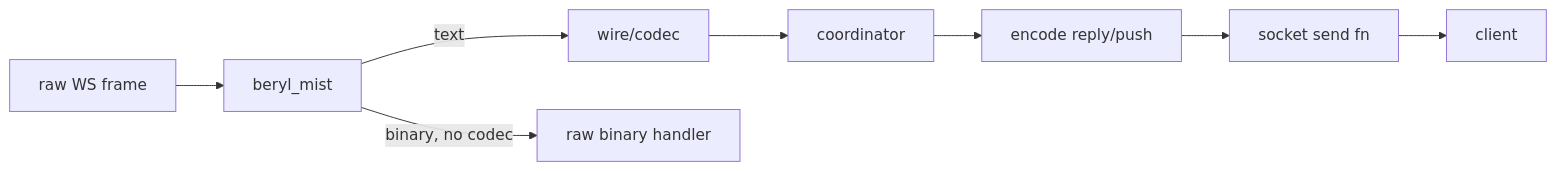
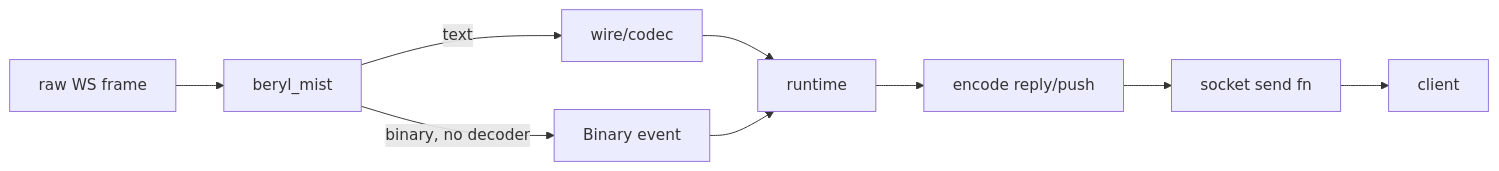
Before and after one commit to tylerbutler/beryl: the diagram in website/src/content/docs/architecture/wire-and-transport.md, drawn with Mermaid. The commit also changed other lines of this file and 21 other files, not shown here.

````diff
--- a/website/src/content/docs/architecture/wire-and-transport.md
+++ b/website/src/content/docs/architecture/wire-and-transport.md
@@ -82,8 +82,9 @@
 ```mermaid
 flowchart LR
   FR["raw WS frame"] --> MI["beryl_mist"]
   MI -->|text| CD["wire/codec"]
-  MI -->|binary, no codec| RB["raw binary handler"]
-  CD --> CO["coordinator"]
-  CO --> EN["encode reply/push"] --> SF["socket send fn"] --> CL["client"]
+  MI -->|binary, no decoder| RB["Binary event"]
+  CD --> RT["runtime"]
+  RB --> RT
+  RT --> EN["encode reply/push"] --> SF["socket send fn"] --> CL["client"]
 ```
````
